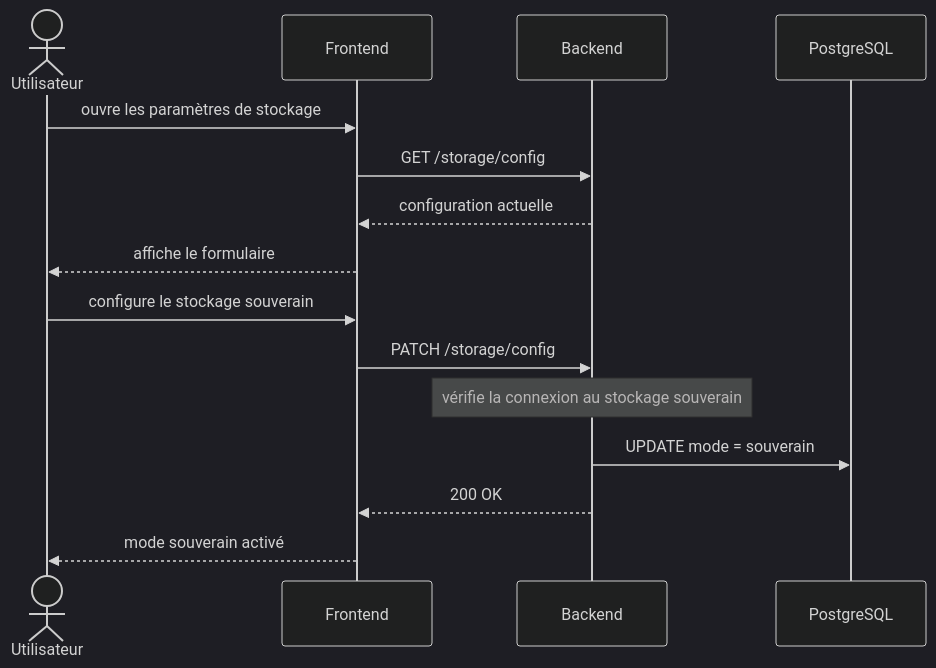
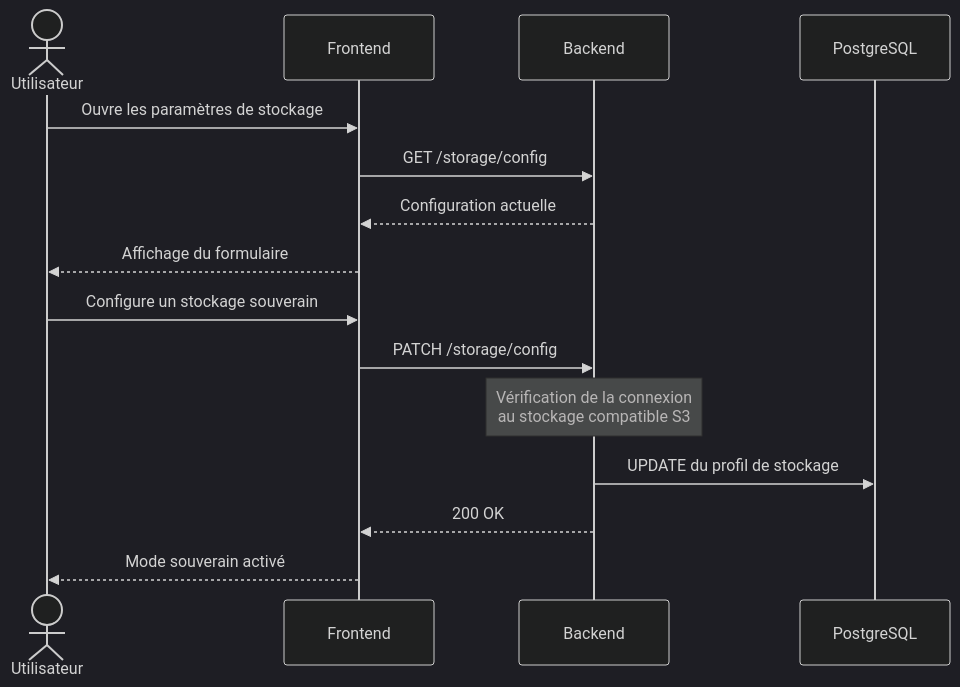
One commit to BOINAR/sovlens changed the second of 3 diagrams in documentation/architecture/sequence-diagram.md. Above: the diagram before and after it, drawn with Mermaid. The commit also changed other lines of this file, not shown here.

Commit message:
docs: mise à jour des diagrammes de séquence

````diff
--- a/documentation/architecture/sequence-diagram.md
+++ b/documentation/architecture/sequence-diagram.md
@@ -29,19 +43,23 @@
 ```mermaid
 %%{init: {'theme': 'dark', 'themeVariables': {'fontSize': '16px'}}}%%
 sequenceDiagram
   actor U as Utilisateur
   participant F as Frontend
   participant B as Backend
   participant DB as PostgreSQL
 
-  U->>F: ouvre les paramètres de stockage
+  U->>F: Ouvre les paramètres de stockage
   F->>B: GET /storage/config
-  B-->>F: configuration actuelle
-  F-->>U: affiche le formulaire
-  U->>F: configure le stockage souverain
+  B-->>F: Configuration actuelle
+
+  F-->>U: Affichage du formulaire
+
+  U->>F: Configure un stockage souverain
   F->>B: PATCH /storage/config
-  Note over B: vérifie la connexion au stockage souverain
-  B->>DB: UPDATE mode = souverain
+
+  Note over B: Vérification de la connexion<br/>au stockage compatible S3
+
+  B->>DB: UPDATE du profil de stockage
   B-->>F: 200 OK
-  F-->>U: mode souverain activé
+  F-->>U: Mode souverain activé
 ```
````
